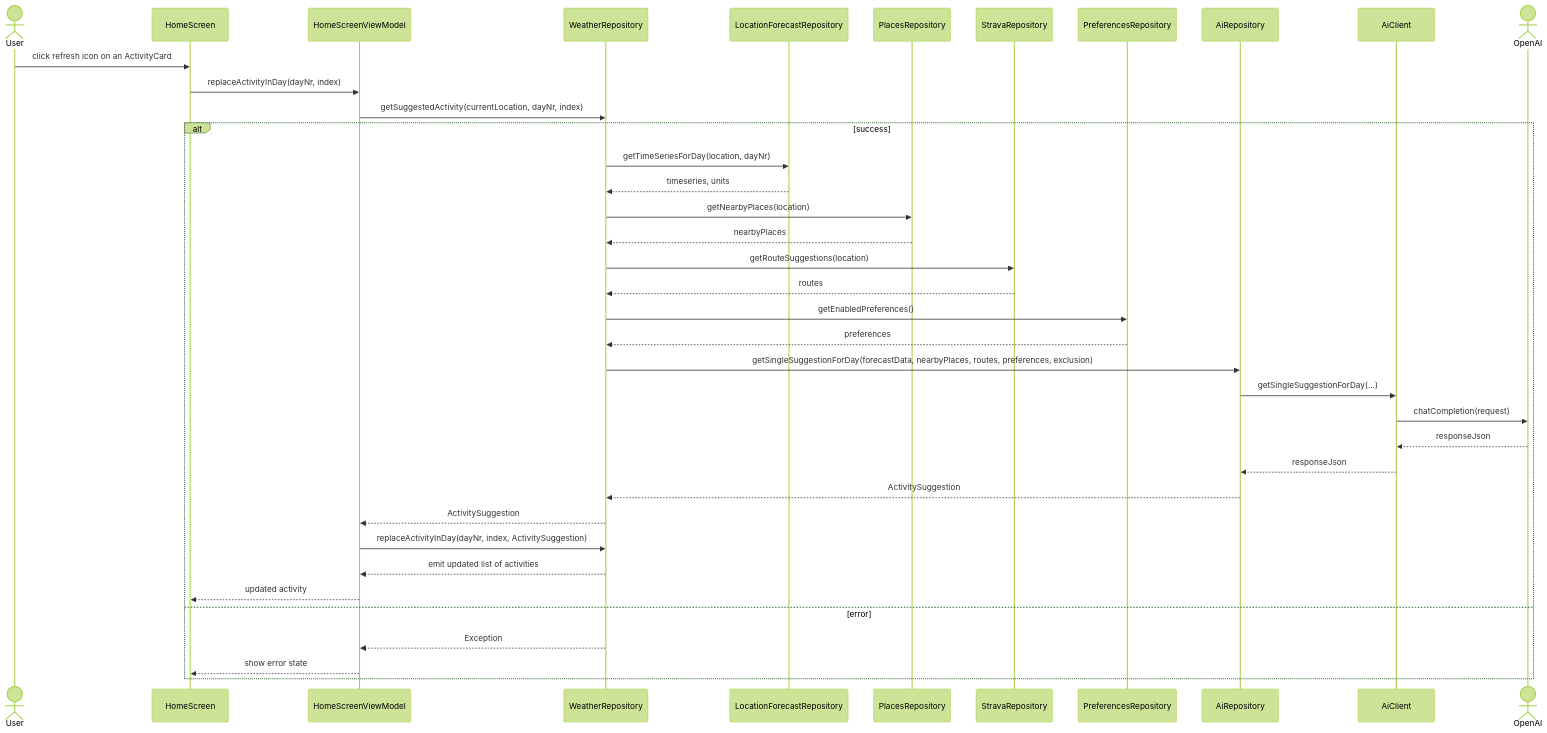
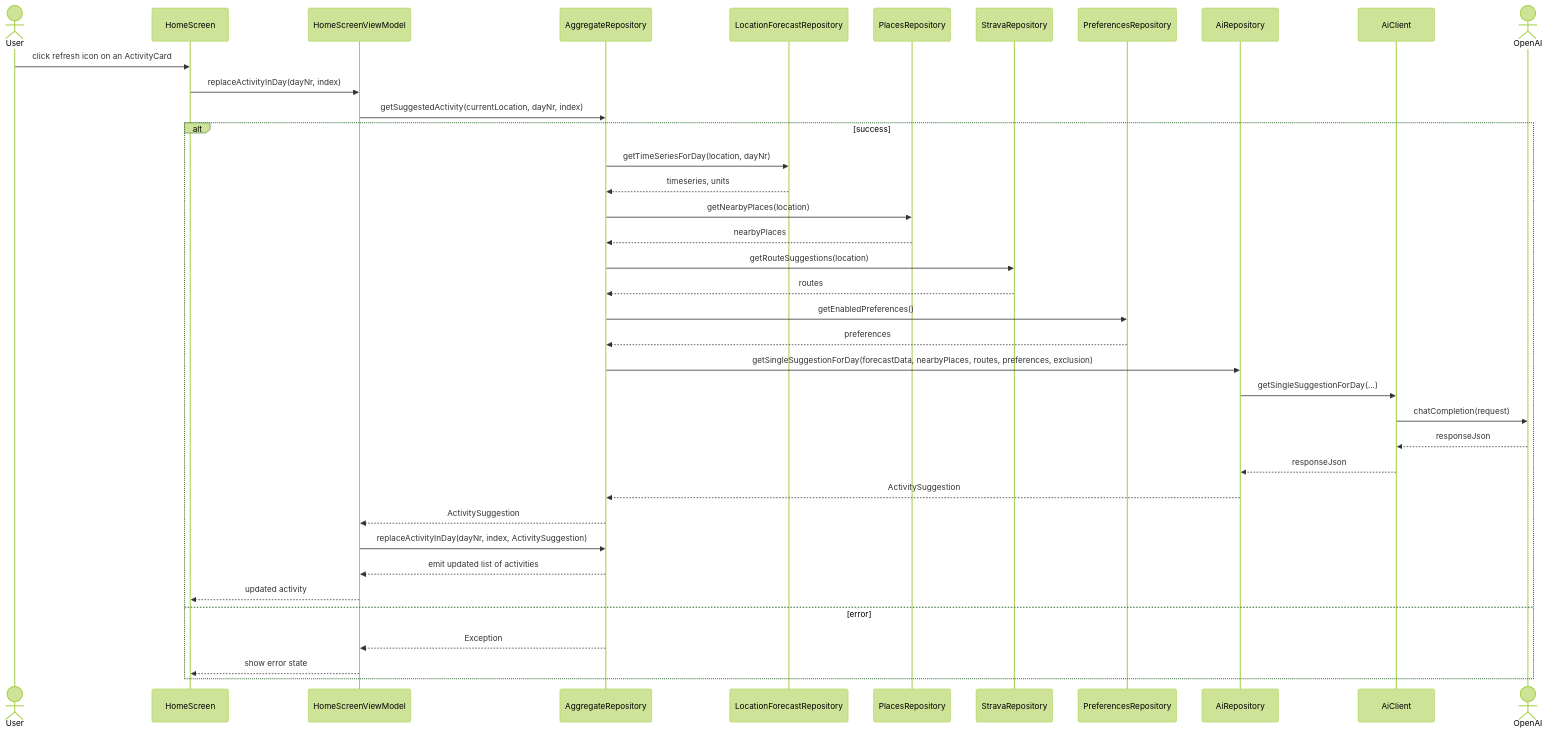
Before and after one commit to GithubTechsupport/VaerAktiv: the diagram in diagrams/refresh_activity/sequencediagram.md, drawn with Mermaid (forest theme). The commit also changed 8 other files, not shown here.

First line of the commit message:
reflected weatherrepository name change in class and sequence diagrams

````diff
--- a/diagrams/refresh_activity/sequencediagram.md
+++ b/diagrams/refresh_activity/sequencediagram.md
@@ -1,41 +1,41 @@
 ```mermaid
 sequenceDiagram
     actor User
     participant UI as HomeScreen
     participant VM as HomeScreenViewModel
-    participant Repo as WeatherRepository
+    participant Repo as AggregateRepository
     participant LF as LocationForecastRepository
     participant Places as PlacesRepository
     participant Strava as StravaRepository
     participant Pref as PreferencesRepository
     participant AI as AiRepository
     participant Client as AiClient
     actor OpenAI
 
     User->>UI: click refresh icon on an ActivityCard
     UI->>VM: replaceActivityInDay(dayNr, index)
     VM->>Repo: getSuggestedActivity(currentLocation, dayNr, index)
     alt success
         Repo->>LF: getTimeSeriesForDay(location, dayNr)
         LF-->>Repo: timeseries, units
         Repo->>Places: getNearbyPlaces(location)
         Places-->>Repo: nearbyPlaces
         Repo->>Strava: getRouteSuggestions(location)
         Strava-->>Repo: routes
         Repo->>Pref: getEnabledPreferences()
         Pref-->>Repo: preferences
         Repo->>AI: getSingleSuggestionForDay(forecastData, nearbyPlaces, routes, preferences, exclusion)
         AI->>Client: getSingleSuggestionForDay(...)
         Client->>OpenAI: chatCompletion(request)
         OpenAI-->>Client: responseJson
         Client-->>AI: responseJson
         AI-->>Repo: ActivitySuggestion
         Repo-->>VM: ActivitySuggestion
         VM->>Repo: replaceActivityInDay(dayNr, index, ActivitySuggestion)
         Repo-->>VM: emit updated list of activities
         VM-->>UI: updated activity
     else error
         Repo-->>VM: Exception
         VM-->>UI: show error state
     end
 ```
````
